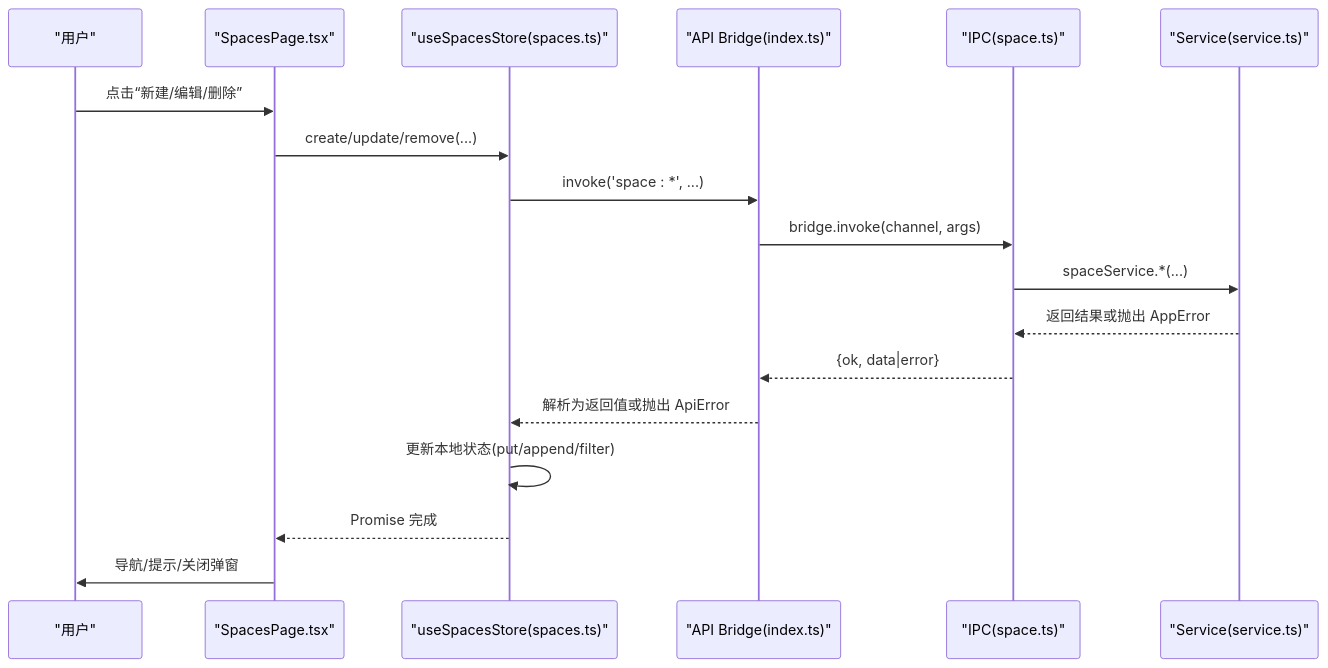
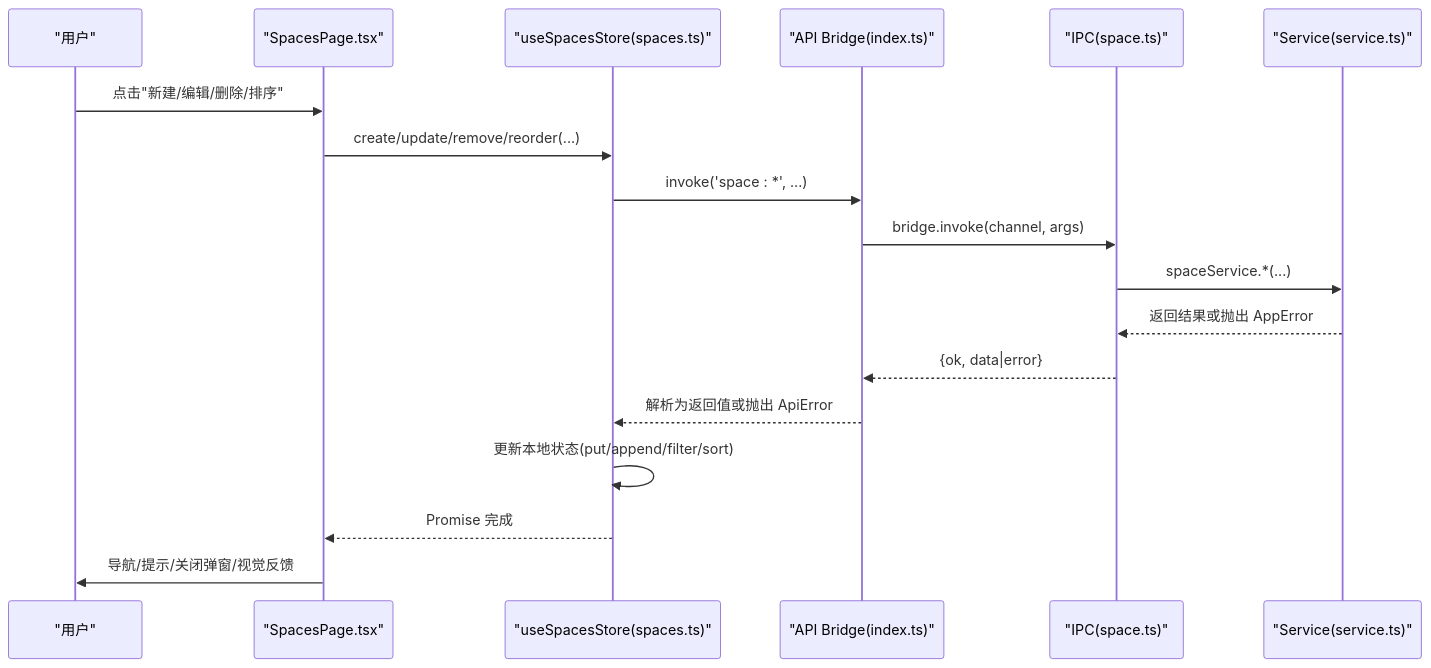
The second of 8 diagrams in .qoder/repowiki/zh/content/前端应用架构/页面组件/空间管理页面.md (hozeeee/script-box), drawn with Mermaid before and after one commit. The commit also changed other lines of this file and 76 other files, not shown here.

````diff
--- a/.qoder/repowiki/zh/content/前端应用架构/页面组件/空间管理页面.md
+++ b/.qoder/repowiki/zh/content/前端应用架构/页面组件/空间管理页面.md
@@ -106,20 +116,20 @@
 ```mermaid
 sequenceDiagram
 participant U as "用户"
 participant P as "SpacesPage.tsx"
 participant S as "useSpacesStore(spaces.ts)"
 participant A as "API Bridge(index.ts)"
 participant I as "IPC(space.ts)"
 participant V as "Service(service.ts)"
-U->>P : 点击“新建/编辑/删除”
-P->>S : create/update/remove(...)
+U->>P : 点击"新建/编辑/删除/排序"
+P->>S : create/update/remove/reorder(...)
 S->>A : invoke('space : *', ...)
 A->>I : bridge.invoke(channel, args)
 I->>V : spaceService.*(...)
 V-->>I : 返回结果或抛出 AppError
 I-->>A : {ok, data|error}
 A-->>S : 解析为返回值或抛出 ApiError
-S->>S : 更新本地状态(put/append/filter)
+S->>S : 更新本地状态(put/append/filter/sort)
 S-->>P : Promise 完成
-P->>U : 导航/提示/关闭弹窗
+P->>U : 导航/提示/关闭弹窗/视觉反馈
 ```
````
